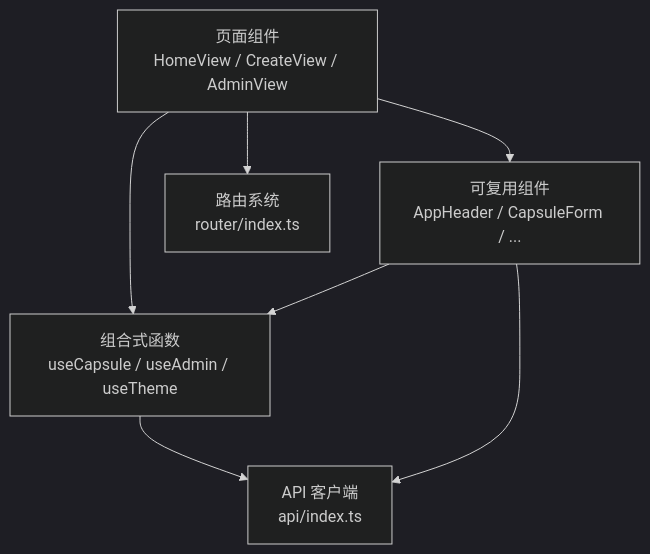
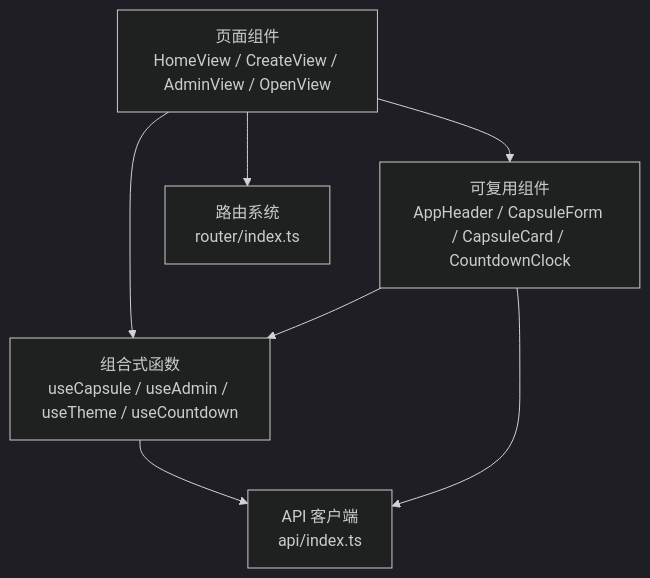
Before and after one commit to alexy2008/TimeCapsule: the second of 12 diagrams in .qoder/repowiki/zh/content/前端实现详解/Vue 3 实现/Vue 3 实现.md, drawn with Mermaid (dark theme). The commit also changed other lines of this file and 22 other files, not shown here.

````diff
--- a/.qoder/repowiki/zh/content/前端实现详解/Vue 3 实现/Vue 3 实现.md
+++ b/.qoder/repowiki/zh/content/前端实现详解/Vue 3 实现/Vue 3 实现.md
@@ -139,14 +163,14 @@
 ```mermaid
 graph TB
-UI["页面组件<br/>HomeView / CreateView / AdminView"]
-CMP["可复用组件<br/>AppHeader / CapsuleForm / ..."]
-COM["组合式函数<br/>useCapsule / useAdmin / useTheme"]
+UI["页面组件<br/>HomeView / CreateView / AdminView / OpenView"]
+CMP["可复用组件<br/>AppHeader / CapsuleForm / CapsuleCard / CountdownClock"]
+COM["组合式函数<br/>useCapsule / useAdmin / useTheme / useCountdown"]
 API["API 客户端<br/>api/index.ts"]
 RT["路由系统<br/>router/index.ts"]
 UI --> CMP
 UI --> COM
 UI --> RT
 COM --> API
 CMP --> COM
 CMP --> API
 ```
````
